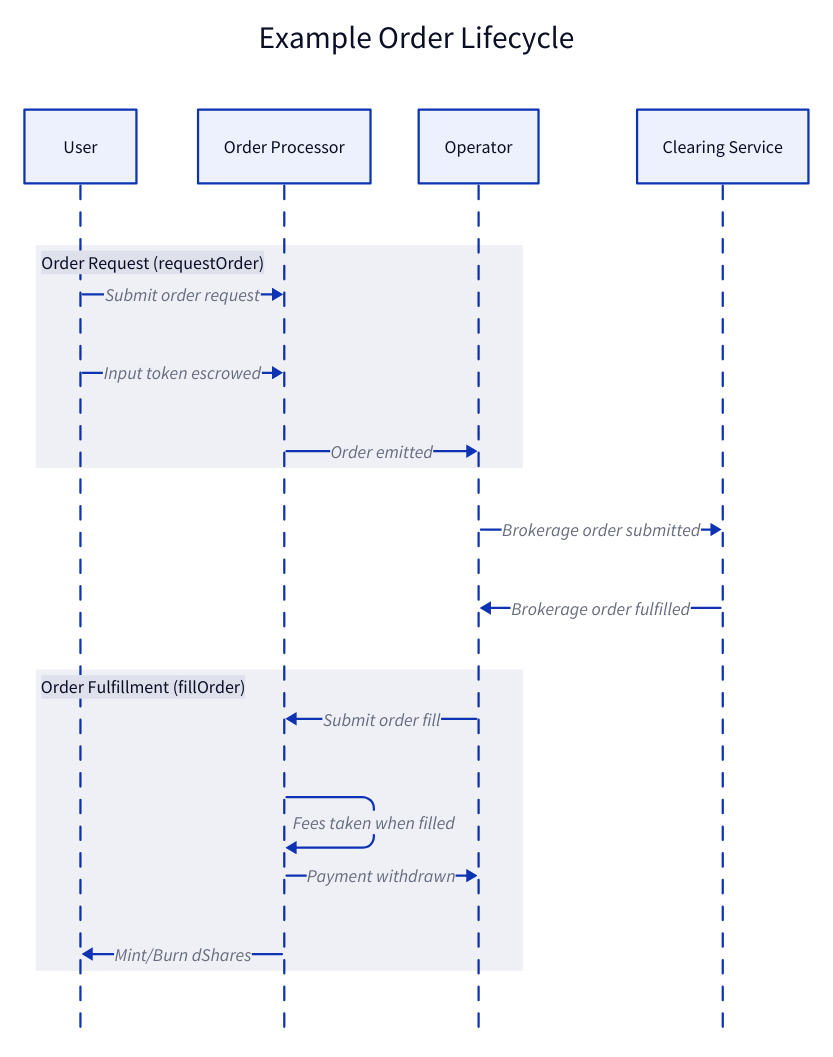
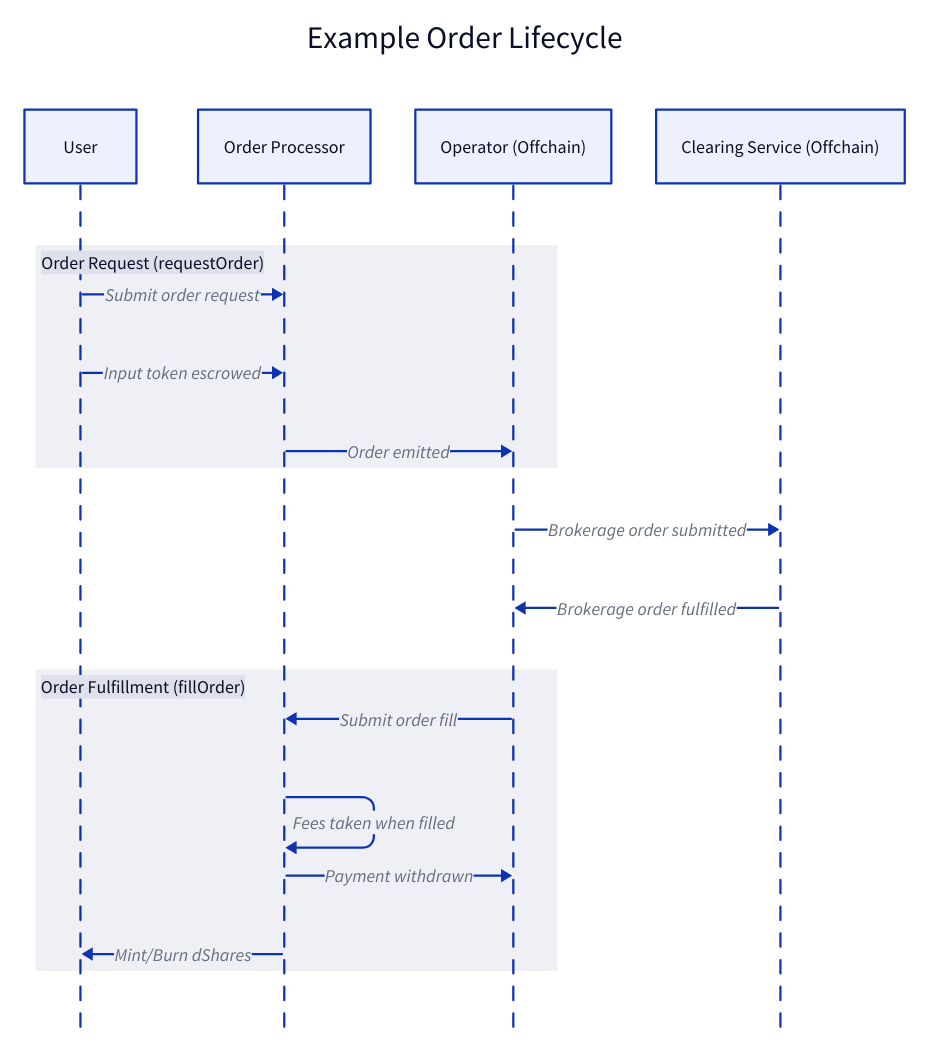
One commit to dinaricrypto/sbt-contracts changed the diagram in docs/order-lifecycle.d2. Above: the diagram before and after it, drawn with D2. The commit also changed 5 other files, not shown here.

```diff
--- a/docs/order-lifecycle.d2
+++ b/docs/order-lifecycle.d2
@@ -1,22 +1,22 @@
 Example Order Lifecycle: {
   shape: sequence_diagram
 
   user: User
   processor: Order Processor
-  bot: Operator
-  clearing: Clearing Service
+  bot: Operator (Offchain)
+  clearing: Clearing Service (Offchain)
 
   Order Request (requestOrder): {
     user -> processor: Submit order request
     user -> processor: Input token escrowed
     processor -> bot: Order emitted
   }
   bot -> clearing: Brokerage order submitted
   clearing -> bot: Brokerage order fulfilled
   Order Fulfillment (fillOrder): {
     bot -> processor: Submit order fill
     processor -> processor: Fees taken when filled
     processor -> bot: Payment withdrawn
     processor -> user: Mint/Burn dShares
   }
 }
```
